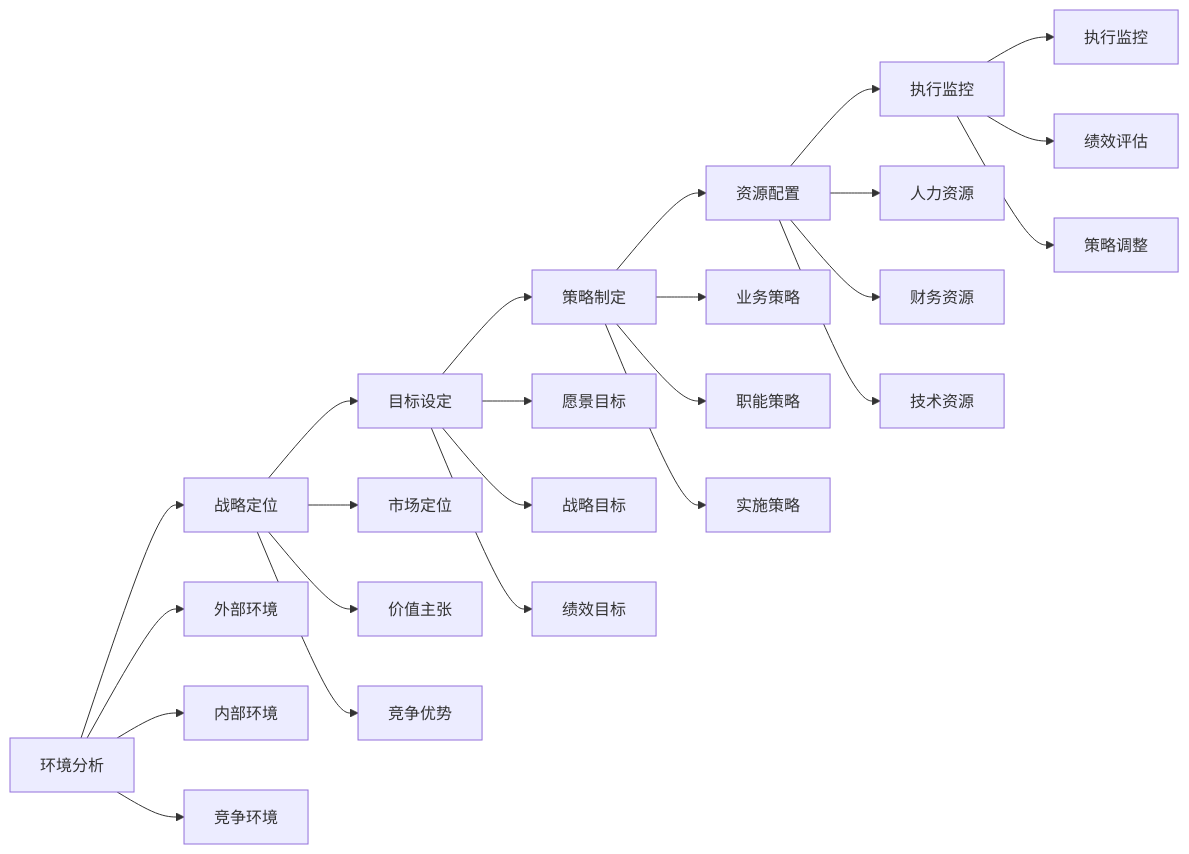
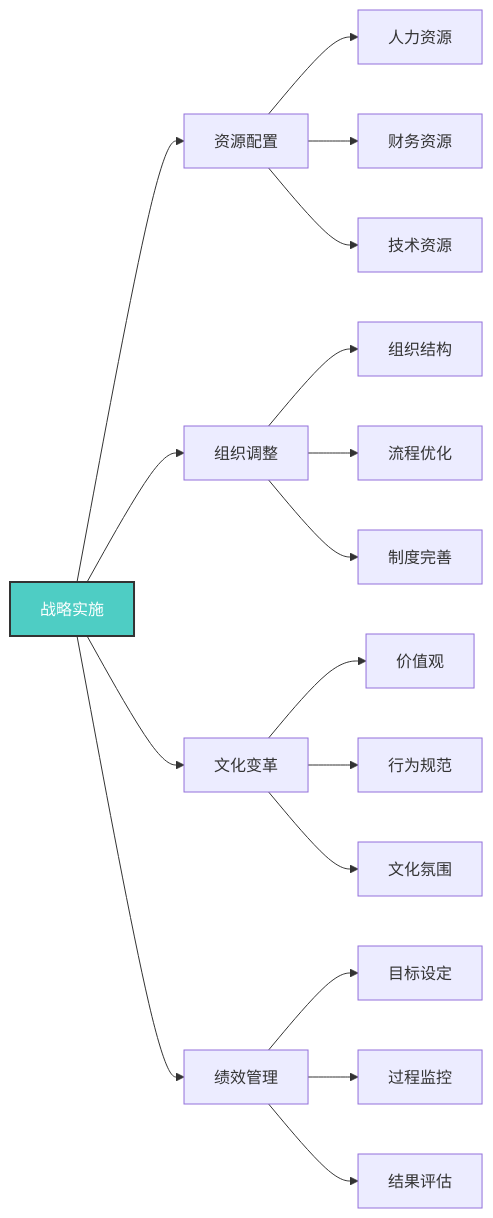
The eighth of 8 diagrams in 企业领导力/03-能力构建层/核心领导能力/01-战略思维.md (Anping2017/obsidian), drawn with Mermaid before and after one commit. The commit also changed other lines of this file and 28 other files, not shown here.

````diff
--- a/企业领导力/03-能力构建层/核心领导能力/01-战略思维.md
+++ b/企业领导力/03-能力构建层/核心领导能力/01-战略思维.md
@@ -259,32 +267,25 @@
 ```mermaid
 graph LR
-    A[环境分析] --> B[战略定位]
-    B --> C[目标设定]
-    C --> D[策略制定]
-    D --> E[资源配置]
-    E --> F[执行监控]
+    A[战略实施] --> B[资源配置]
+    A --> C[组织调整]
+    A --> D[文化变革]
+    A --> E[绩效管理]
     
-    A --> A1[外部环境]
-    A --> A2[内部环境]
-    A --> A3[竞争环境]
+    B --> B1[人力资源]
+    B --> B2[财务资源]
+    B --> B3[技术资源]
     
-    B --> B1[市场定位]
-    B --> B2[价值主张]
-    B --> B3[竞争优势]
+    C --> C1[组织结构]
+    C --> C2[流程优化]
+    C --> C3[制度完善]
     
-    C --> C1[愿景目标]
-    C --> C2[战略目标]
-    C --> C3[绩效目标]
+    D --> D1[价值观]
+    D --> D2[行为规范]
+    D --> D3[文化氛围]
     
-    D --> D1[业务策略]
-    D --> D2[职能策略]
-    D --> D3[实施策略]
+    E --> E1[目标设定]
+    E --> E2[过程监控]
+    E --> E3[结果评估]
     
-    E --> E1[人力资源]
-    E --> E2[财务资源]
-    E --> E3[技术资源]
-    
-    F --> F1[执行监控]
-    F --> F2[绩效评估]
-    F --> F3[策略调整]
+    style A fill:#4ecdc4,stroke:#333,stroke-width:2px,color:#fff
 ```
````
